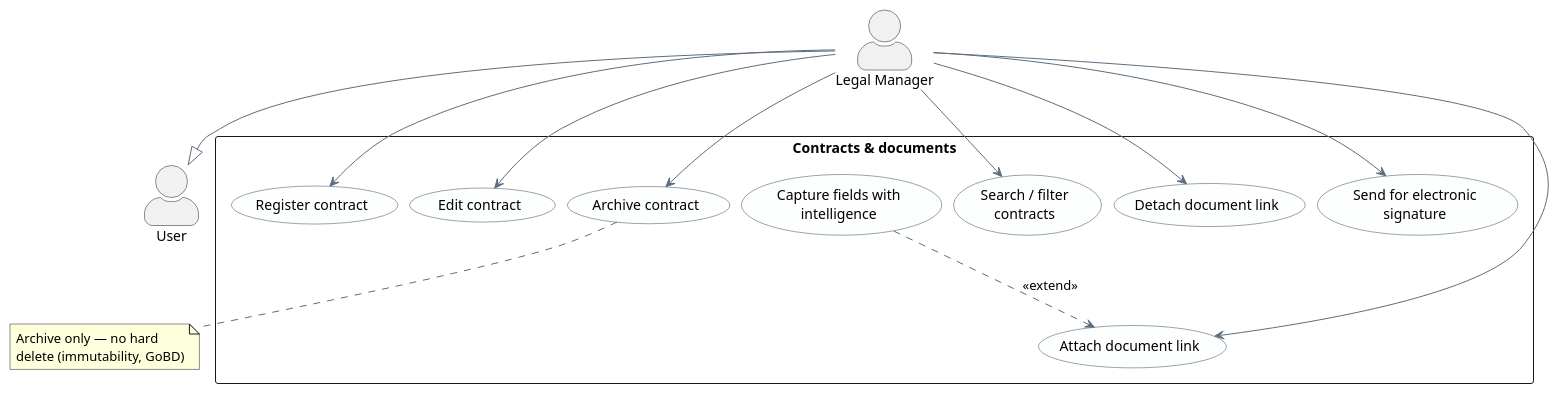
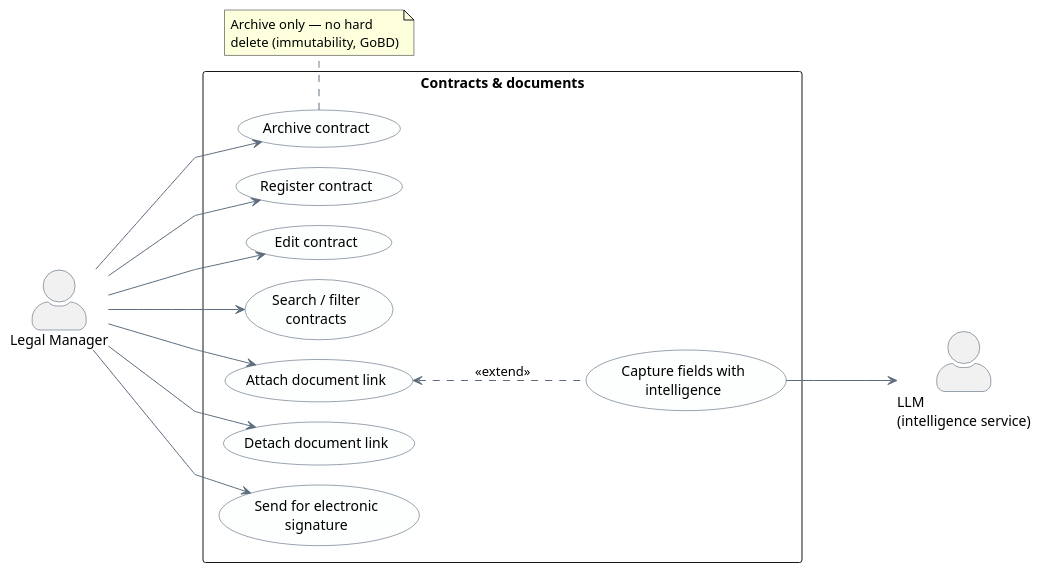
One commit to idris-saddi/pfe-report changed the diagram in report/Chapter2/figures/uc-contracts.puml. Above: the diagram before and after it, drawn with PlantUML. The commit also changed 66 other files, not shown here.

```diff
--- a/report/Chapter2/figures/uc-contracts.puml
+++ b/report/Chapter2/figures/uc-contracts.puml
@@ -1,48 +1,58 @@
 @startuml uc-contracts
 '==============================================================================
-' Detailed use cases: Contracts & documents (Sec. 4.1-4.2, enterprise 4.8).
-' Render:  plantuml -tsvg uc-contracts.puml && \
-'          rsvg-convert -f pdf -o uc-contracts.pdf uc-contracts.svg
+' Detailed use cases: Contracts & documents.
+' Standard arrangement: actor LEFT, use cases in the boundary MIDDLE, the
+' external LLM (intelligence service) actor RIGHT. No out-of-scope actor
+' appears here, so no scope colouring (supervisor feedback).
+' Render:  make figures
 '==============================================================================
 left to right direction
 skinparam shadowing false
 skinparam defaultFontName Helvetica
 skinparam packageStyle rectangle
 skinparam actorStyle awesome
-skinparam ranksep 60
-skinparam nodesep 12
+skinparam linetype polyline
+skinparam ranksep 110
+skinparam nodesep 20
 skinparam usecase {
   BorderColor      #34495E
   BackgroundColor  #FDFEFE
   ArrowColor       #5D6D7E
 }
+skinparam actor {
+  BorderColor      #34495E
+}
 
 actor "Legal Manager" as lm
-actor "User"          as user
-lm --|> user
 
 rectangle "Contracts & documents" {
   usecase "Register contract"     as UC_register
   usecase "Edit contract"         as UC_edit
   usecase "Archive contract"      as UC_archive
   usecase "Search / filter\ncontracts" as UC_search
   usecase "Attach document link"  as UC_attach
   usecase "Detach document link"  as UC_detach
   usecase "Capture fields with\nintelligence" as UC_intel
   usecase "Send for electronic\nsignature"    as UC_esign
 }
 
 lm --> UC_register
 lm --> UC_edit
 lm --> UC_archive
 lm --> UC_search
 lm --> UC_attach
 lm --> UC_detach
 lm --> UC_esign
-UC_intel ..> UC_attach : <<extend>>
+' Base use case on the left; the extending use case sits to its right,
+' with the «extend» arrowhead still pointing at the base (UML standard).
+UC_attach <.. UC_intel : <<extend>>
+
+' External actor (far right)
+actor "LLM\n(intelligence service)" as llm
+UC_intel --> llm
 
 note bottom of UC_archive
   Archive only — no hard
   delete (immutability, GoBD)
 end note
 @enduml
```
